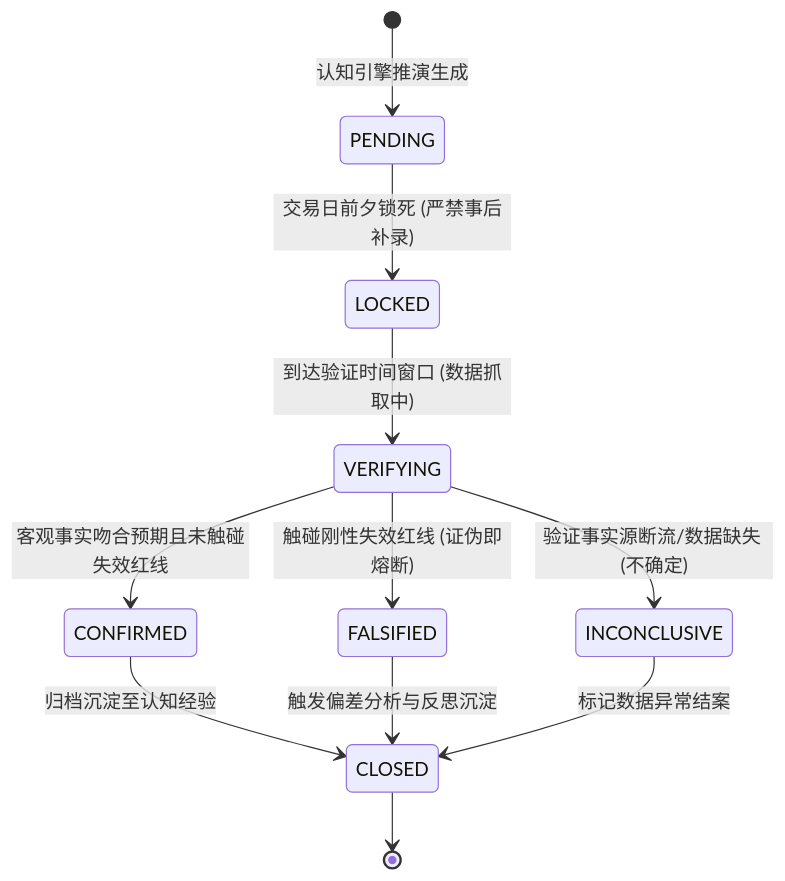
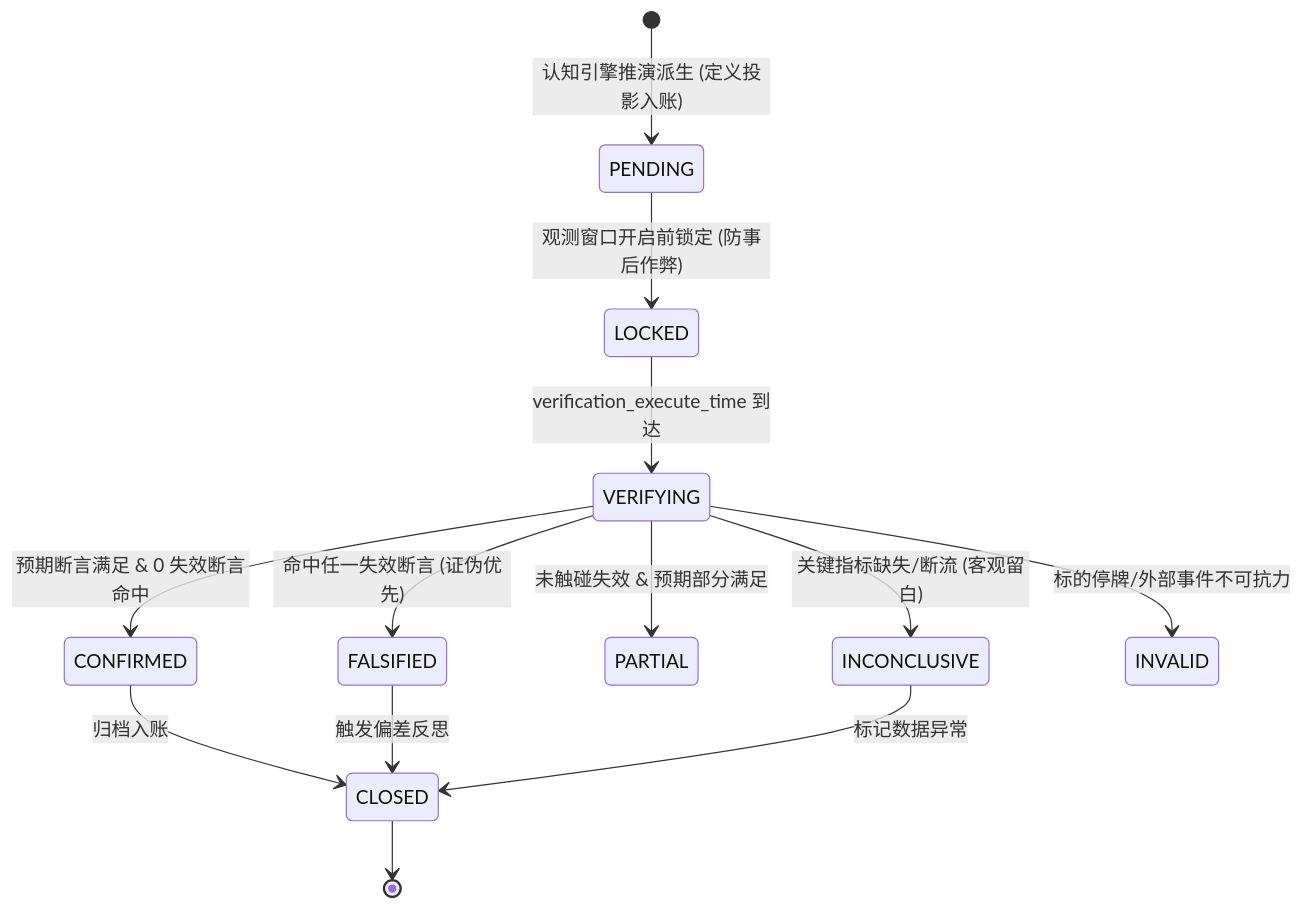
The third of 5 diagrams in 开发文档/28-Cognition-Phase2-可审计结构化认知引擎技术设计单.md (siyuwha/zhijian), drawn with Mermaid before and after one commit. The commit also changed other lines of this file and 133 other files, not shown here.

````diff
--- a/开发文档/28-Cognition-Phase2-可审计结构化认知引擎技术设计单.md
+++ b/开发文档/28-Cognition-Phase2-可审计结构化认知引擎技术设计单.md
@@ -356,13 +460,15 @@
 ```mermaid
 stateDiagram-v2
-    [*] --> PENDING: 认知引擎推演生成
-    PENDING --> LOCKED: 交易日前夕锁死 (严禁事后补录)
-    LOCKED --> VERIFYING: 到达验证时间窗口 (数据抓取中)
-    VERIFYING --> CONFIRMED: 客观事实吻合预期且未触碰失效红线
-    VERIFYING --> FALSIFIED: 触碰刚性失效红线 (证伪即熔断)
-    VERIFYING --> INCONCLUSIVE: 验证事实源断流/数据缺失 (不确定)
-    CONFIRMED --> CLOSED: 归档沉淀至认知经验
-    FALSIFIED --> CLOSED: 触发偏差分析与反思沉淀
-    INCONCLUSIVE --> CLOSED: 标记数据异常结案
+    [*] --> PENDING: 认知引擎推演派生 (定义投影入账)
+    PENDING --> LOCKED: 观测窗口开启前锁定 (防事后作弊)
+    LOCKED --> VERIFYING: verification_execute_time 到达
+    VERIFYING --> CONFIRMED: 预期断言满足 & 0 失效断言命中
+    VERIFYING --> FALSIFIED: 命中任一失效断言 (证伪优先)
+    VERIFYING --> PARTIAL: 未触碰失效 & 预期部分满足
+    VERIFYING --> INCONCLUSIVE: 关键指标缺失/断流 (客观留白)
+    VERIFYING --> INVALID: 标的停牌/外部事件不可抗力
+    CONFIRMED --> CLOSED: 归档入账
+    FALSIFIED --> CLOSED: 触发偏差反思
+    INCONCLUSIVE --> CLOSED: 标记数据异常
     CLOSED --> [*]
 ```
````
